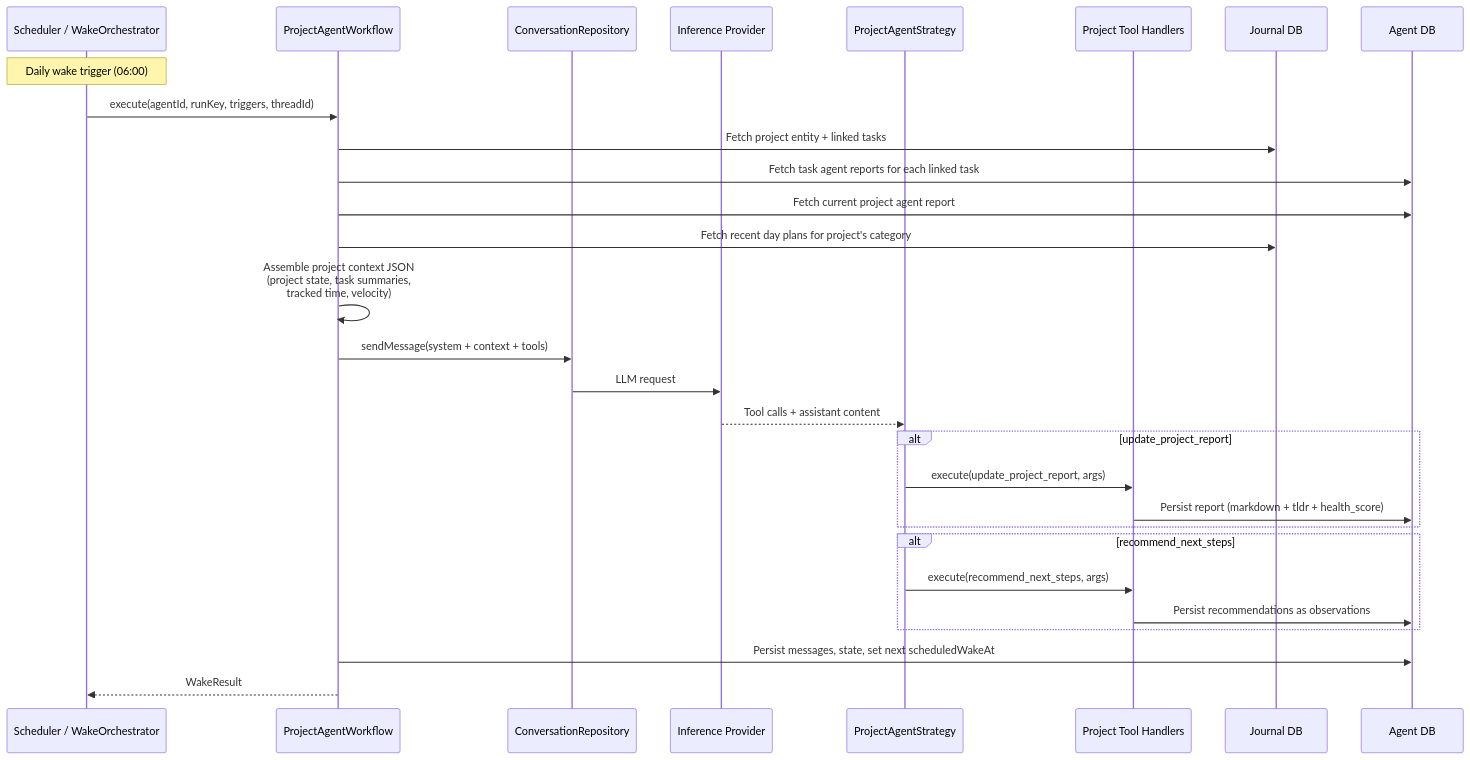
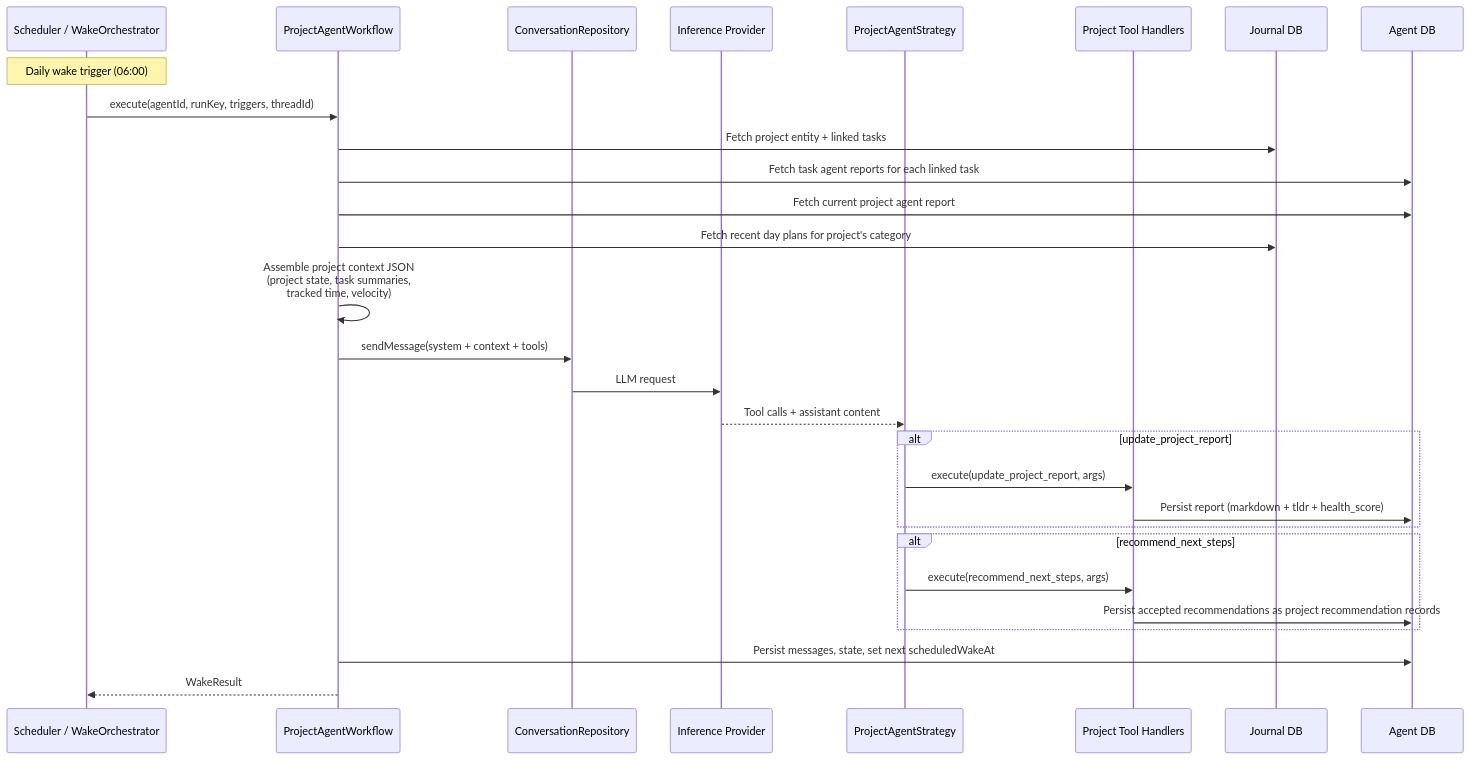
One commit to matthiasn/lotti changed the fourth of 6 diagrams in docs/implementation_plans/2026-03-16_introduce_projects.md. Above: the diagram before and after it, drawn with Mermaid. The commit also changed other lines of this file and 27 other files, not shown here.

````diff
--- a/docs/implementation_plans/2026-03-16_introduce_projects.md
+++ b/docs/implementation_plans/2026-03-16_introduce_projects.md
@@ -486,40 +480,40 @@
 ```mermaid
 sequenceDiagram
     participant Sched as Scheduler / WakeOrchestrator
     participant PAW as ProjectAgentWorkflow
     participant CR as ConversationRepository
     participant Model as Inference Provider
     participant PAS as ProjectAgentStrategy
     participant Tools as Project Tool Handlers
     participant JDB as Journal DB
     participant ADB as Agent DB
 
     Note over Sched: Daily wake trigger (06:00)
 
     Sched->>PAW: execute(agentId, runKey, triggers, threadId)
 
     PAW->>JDB: Fetch project entity + linked tasks
     PAW->>ADB: Fetch task agent reports for each linked task
     PAW->>ADB: Fetch current project agent report
     PAW->>JDB: Fetch recent day plans for project's category
 
     PAW->>PAW: Assemble project context JSON<br/>(project state, task summaries,<br/>tracked time, velocity)
 
     PAW->>CR: sendMessage(system + context + tools)
     CR->>Model: LLM request
 
     Model-->>PAS: Tool calls + assistant content
 
     alt update_project_report
         PAS->>Tools: execute(update_project_report, args)
         Tools->>ADB: Persist report (markdown + tldr + health_score)
     end
 
     alt recommend_next_steps
         PAS->>Tools: execute(recommend_next_steps, args)
-        Tools->>ADB: Persist recommendations as observations
+        Tools->>ADB: Persist accepted recommendations as project recommendation records
     end
 
     PAW->>ADB: Persist messages, state, set next scheduledWakeAt
     PAW-->>Sched: WakeResult
 ```
````
